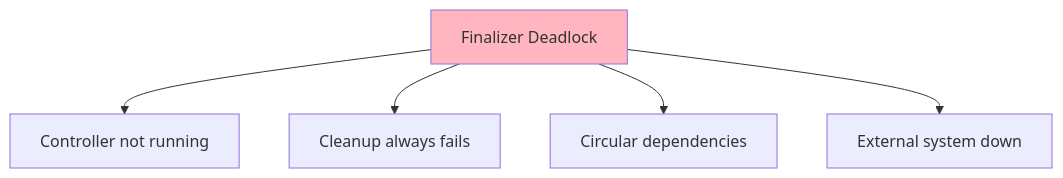
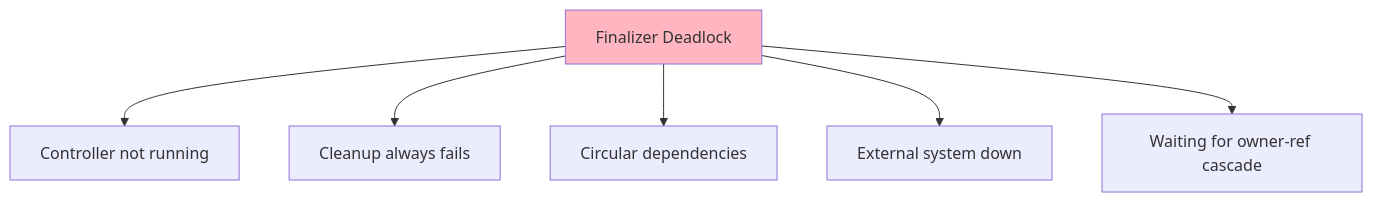
One commit to piyushjajoo/k8s-operators-course changed the third of 3 diagrams in module-04/lessons/02-finalizers-cleanup.md. Above: the diagram before and after it, drawn with Mermaid. The commit also changed other lines of this file and 2 other files, not shown here.

````diff
--- a/module-04/lessons/02-finalizers-cleanup.md
+++ b/module-04/lessons/02-finalizers-cleanup.md
@@ -176,11 +187,12 @@
 ```mermaid
 graph TB
     DEADLOCK[Finalizer Deadlock]
     
     DEADLOCK --> CAUSE1[Controller not running]
     DEADLOCK --> CAUSE2[Cleanup always fails]
     DEADLOCK --> CAUSE3[Circular dependencies]
     DEADLOCK --> CAUSE4[External system down]
+    DEADLOCK --> CAUSE5[Waiting for owner-ref cascade]
     
     style DEADLOCK fill:#FFB6C1
 ```
````
